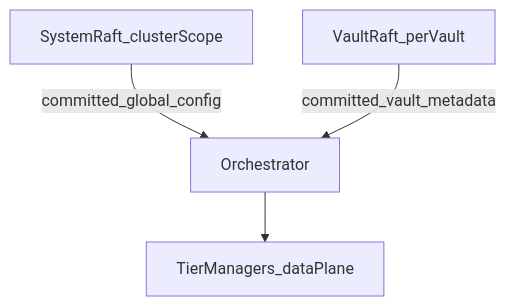
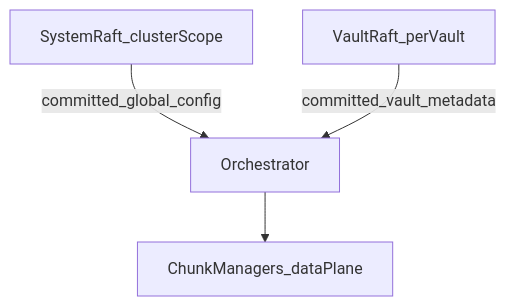
The first of 3 diagrams in docs/vault-control-plane-architecture.md (kluzzebass/gastrolog), drawn with Mermaid before and after one commit. The commit also changed other lines of this file and 98 other files, not shown here.

````diff
--- a/docs/vault-control-plane-architecture.md
+++ b/docs/vault-control-plane-architecture.md
@@ -130,10 +130,10 @@
 ```mermaid
 flowchart TB
   sysRaft[SystemRaft_clusterScope]
   vaultRaft[VaultRaft_perVault]
   orch[Orchestrator]
-  tierMgr[TierManagers_dataPlane]
+  chunkMgr[ChunkManagers_dataPlane]
   sysRaft -->|"committed_global_config"| orch
   vaultRaft -->|"committed_vault_metadata"| orch
-  orch --> tierMgr
+  orch --> chunkMgr
 ```
````
